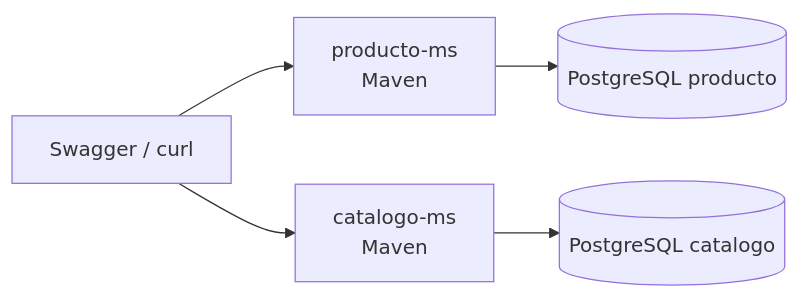
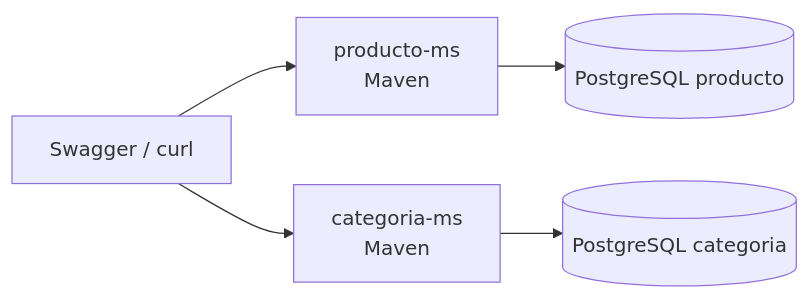
One commit to erickmijael17/SmartCampus-Marketplace changed the first of 2 diagrams in docs/sesiones/s01-servicio-base-rest.md. Above: the diagram before and after it, drawn with Mermaid. The commit also changed other lines of this file and 23 other files, not shown here.

Commit message:
docs: update frontend and payment flows

````diff
--- a/docs/sesiones/s01-servicio-base-rest.md
+++ b/docs/sesiones/s01-servicio-base-rest.md
@@ -47,12 +47,12 @@
 ```mermaid
 flowchart LR
     Client["Swagger / curl"]
     Producto["producto-ms<br/>Maven"]
-    Catalogo["catalogo-ms<br/>Maven"]
+    Categoria["categoria-ms<br/>Maven"]
     DB1[("PostgreSQL producto")]
-    DB2[("PostgreSQL catalogo")]
+    DB2[("PostgreSQL categoria")]
     Client --> Producto
-    Client --> Catalogo
+    Client --> Categoria
     Producto --> DB1
-    Catalogo --> DB2
+    Categoria --> DB2
 ```
````
